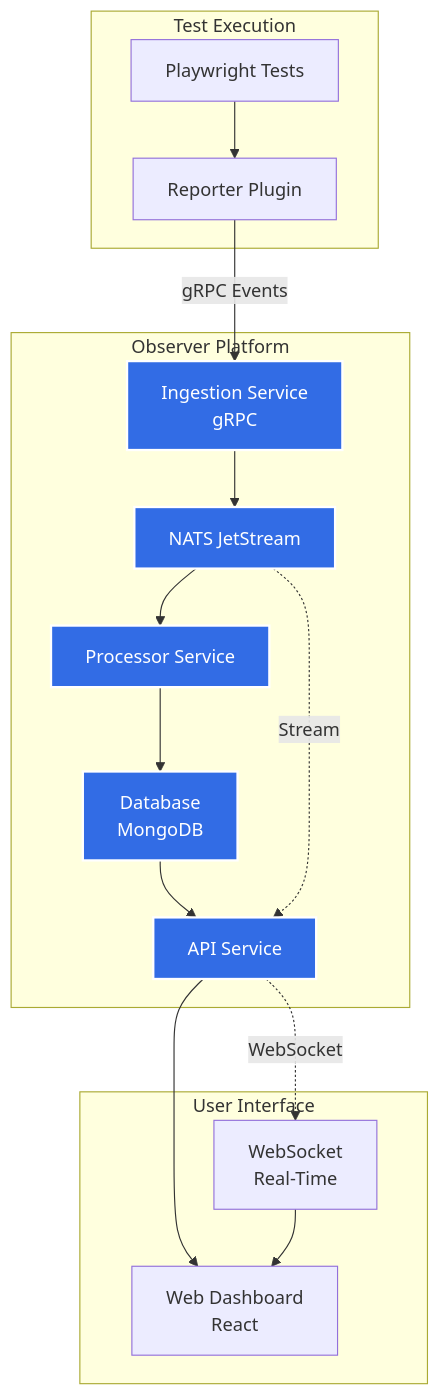
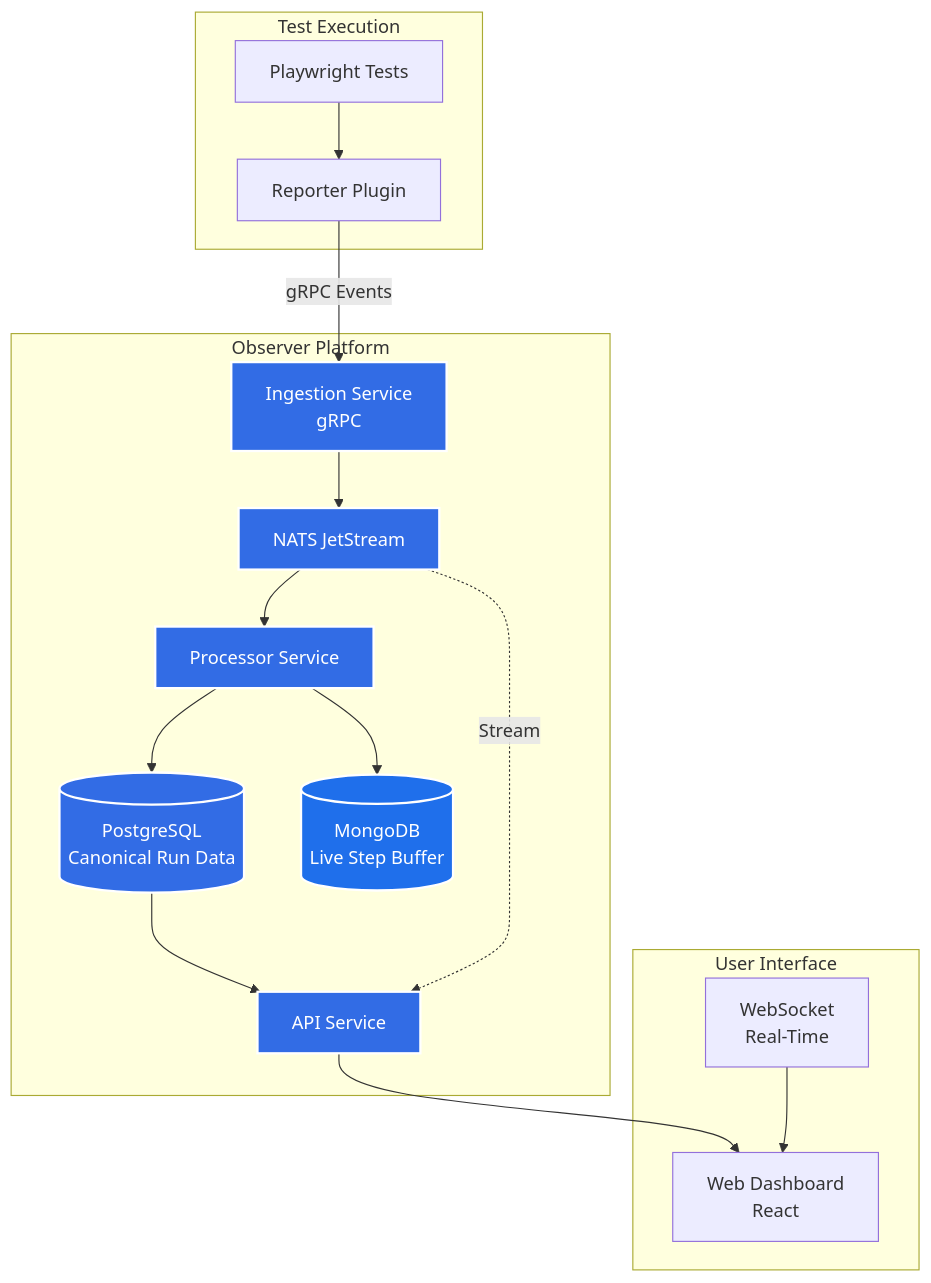
One commit to stanterprise/stanterprise.github.io changed the diagram in content/_index.md. Above: the diagram before and after it, drawn with Mermaid. The commit also changed other lines of this file and 10 other files, not shown here.

````diff
--- a/content/_index.md
+++ b/content/_index.md
@@ -46,37 +46,40 @@
 ```mermaid
 graph TB
     subgraph "Test Execution"
         A[Playwright Tests]
         B[Reporter Plugin]
     end
 
     subgraph "Observer Platform"
         C[Ingestion Service<br/>gRPC]
         D[NATS JetStream]
         E[Processor Service]
-        F[Database<br/>MongoDB]
+        F[(PostgreSQL<br/>Canonical Run Data)]
+        J[(MongoDB<br/>Live Step Buffer)]
         G[API Service]
     end
 
     subgraph "User Interface"
         H[Web Dashboard<br/>React]
         I[WebSocket<br/>Real-Time]
     end
 
     A --> B
     B -->|gRPC Events| C
     C --> D
     D --> E
     E --> F
+    E --> J
     F --> G
     G --> H
     D -.->|Stream| G
-    G -.->|WebSocket| I
+
     I --> H
 
     style C fill:#326ce5,stroke:#fff,stroke-width:2px,color:#fff
     style D fill:#326ce5,stroke:#fff,stroke-width:2px,color:#fff
     style E fill:#326ce5,stroke:#fff,stroke-width:2px,color:#fff
     style F fill:#326ce5,stroke:#fff,stroke-width:2px,color:#fff
+    style J fill:#1f6feb,stroke:#fff,stroke-width:2px,color:#fff
     style G fill:#326ce5,stroke:#fff,stroke-width:2px,color:#fff
 ```
````
